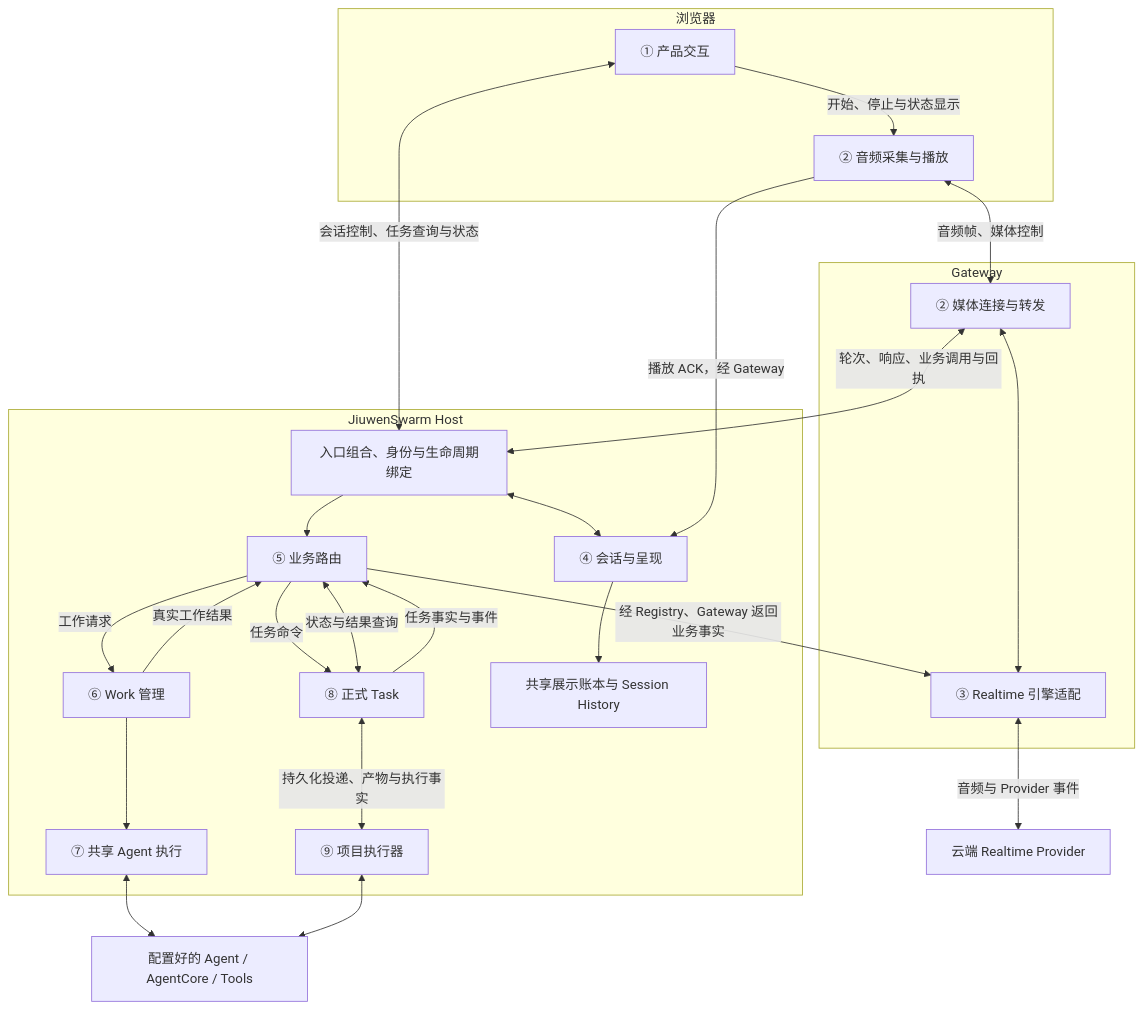
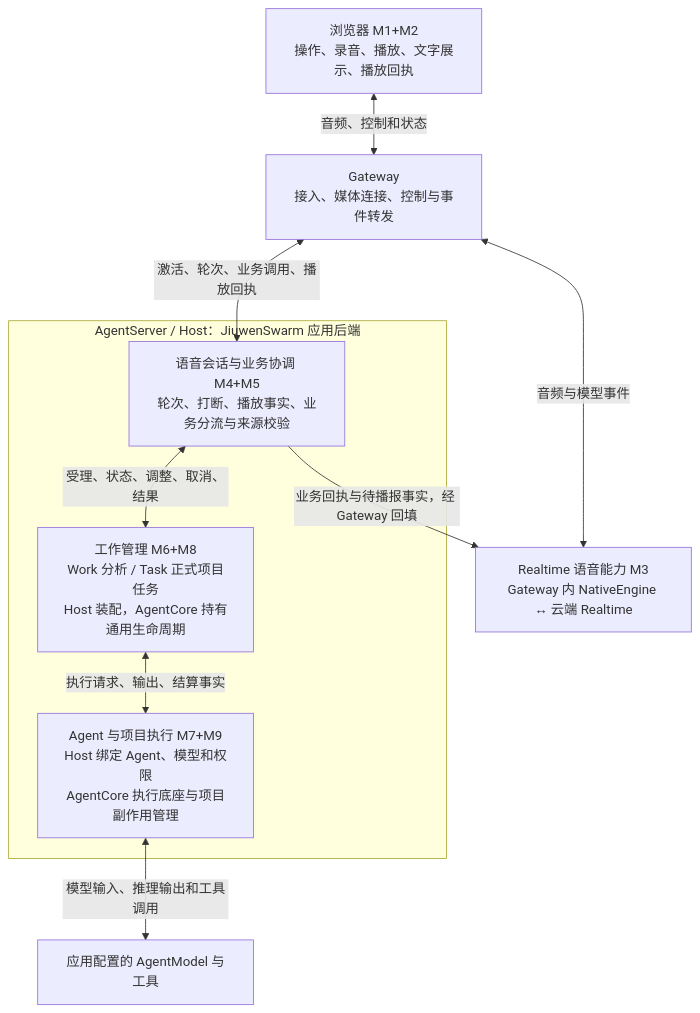
Before and after one commit to agtai/jiuwenswarm: the diagram in live-voice/architecture/LIVE_VOICE_MODULE_GUIDE.md, drawn with Mermaid. The commit also changed other lines of this file and 23 other files, not shown here.

Commit message:
refactor(work): adopt AgentCore lifecycle and document unified voice modules

````diff
--- a/live-voice/architecture/LIVE_VOICE_MODULE_GUIDE.md
+++ b/live-voice/architecture/LIVE_VOICE_MODULE_GUIDE.md
@@ -41,46 +16,18 @@
 ```mermaid
 flowchart TB
-    subgraph Browser["浏览器"]
-        UI["① 产品交互"]
-        Audio["② 音频采集与播放"]
-        UI -->|开始、停止与状态显示| Audio
-    end
-
-    subgraph Gateway["Gateway"]
-        Media["② 媒体连接与转发"]
-        Engine["③ Realtime 引擎适配"]
-        Media <--> Engine
-    end
-
-    Provider["云端 Realtime Provider"]
-    Audio <-->|音频帧、媒体控制| Media
-    Engine <-->|音频与 Provider 事件| Provider
-
-    subgraph Host["JiuwenSwarm Host"]
-        Registry["入口组合、身份与生命周期绑定"]
-        Voice["④ 会话与呈现"]
-        Router["⑤ 业务路由"]
-        Work["⑥ Work 管理"]
-        Runtime["⑦ 共享 Agent 执行"]
-        Task["⑧ 正式 Task"]
-        Executor["⑨ 项目执行器"]
-        History["共享展示账本与 Session History"]
-        Registry <--> Voice
-        Registry --> Router
-        Router -->|工作请求| Work
-        Work --> Runtime
-        Router -->|任务命令| Task
-        Router <-->|状态与结果查询| Task
-        Task <-->|持久化投递、产物与执行事实| Executor
-        Voice --> History
-    end
-
-    Media <-->|轮次、响应、业务调用与回执| Registry
-    UI <-->|会话控制、任务查询与状态| Registry
-    Audio -->|播放 ACK，经 Gateway| Voice
-    Runtime <--> Agent["配置好的 Agent / AgentCore / Tools"]
-    Executor <--> Agent
-    Work -->|真实工作结果| Router
-    Task -->|任务事实与事件| Router
-    Router -->|经 Registry、Gateway 返回业务事实| Engine
+  B["浏览器 M1+M2<br/>操作、录音、播放、文字展示、播放回执"]
+  G["Gateway<br/>接入、媒体连接、控制与事件转发"]
+  E["Realtime 语音能力 M3<br/>Gateway 内 NativeEngine ↔ 云端 Realtime"]
+  subgraph H["AgentServer / Host：JiuwenSwarm 应用后端"]
+    C["语音会话与业务协调 M4+M5<br/>轮次、打断、播放事实、业务分流与来源校验"]
+    W["工作管理 M6+M8<br/>Work 分析 / Task 正式项目任务<br/>Host 装配，AgentCore 持有通用生命周期"]
+    X["Agent 与项目执行 M7+M9<br/>Host 绑定 Agent、模型和权限<br/>AgentCore 执行底座与项目副作用管理"]
+    C <-->|受理、状态、调整、取消、结果| W
+    W <-->|执行请求、输出、结算事实| X
+  end
+  B <-->|音频、控制和状态| G
+  G <-->|音频与模型事件| E
+  G <-->|激活、轮次、业务调用、播放回执| C
+  C -->|业务回执与待播报事实，经 Gateway 回填| E
+  X <-->|模型输入、推理输出和工具调用| A["应用配置的 AgentModel 与工具"]
 ```
````
